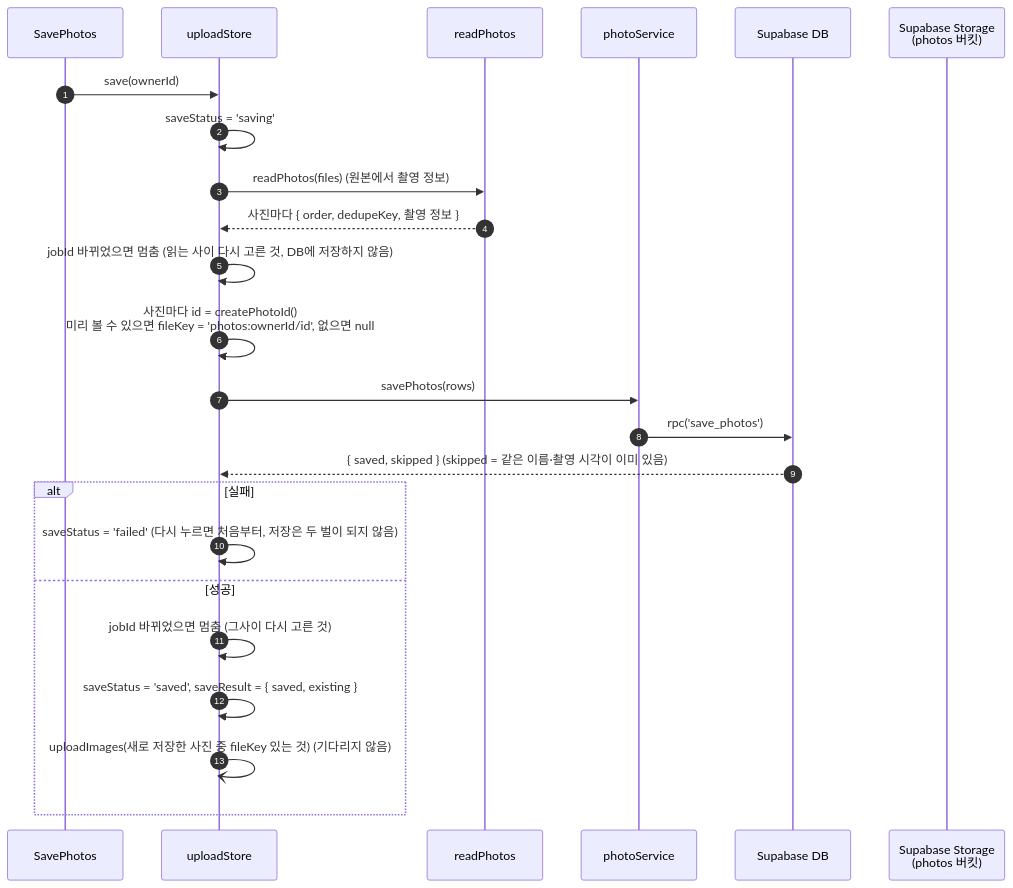
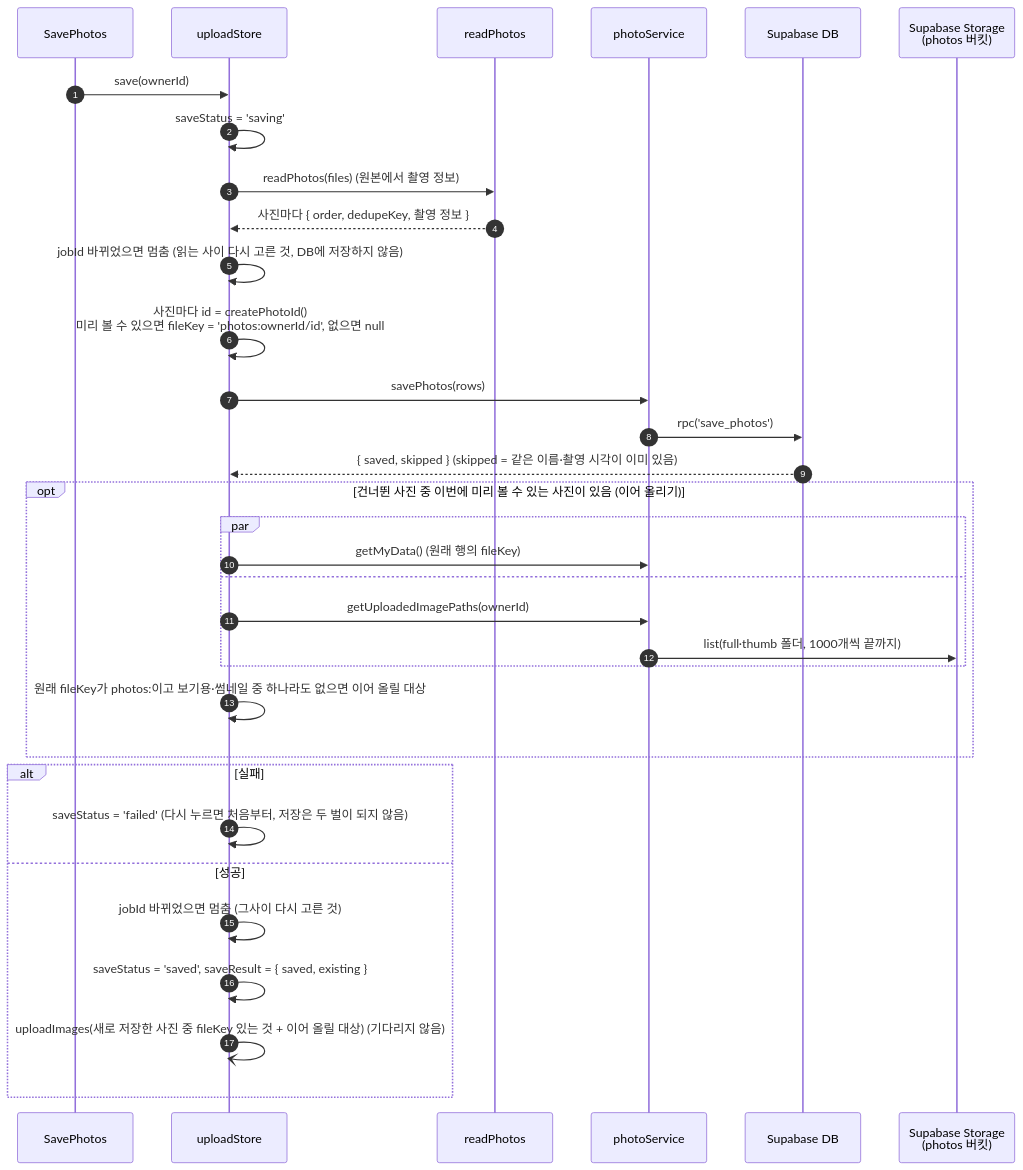
One commit to 2026-WebFW-1/danyeo-on changed the first of 4 diagrams in docs/upload/IMAGE_UPLOAD_FLOW.md. Above: the diagram before and after it, drawn with Mermaid. The commit also changed other lines of this file and 8 other files, not shown here.

````diff
--- a/docs/upload/IMAGE_UPLOAD_FLOW.md
+++ b/docs/upload/IMAGE_UPLOAD_FLOW.md
@@ -22,28 +25,38 @@
 ```mermaid
 sequenceDiagram
     autonumber
     participant UI as SavePhotos
     participant Store as uploadStore
     participant Read as readPhotos
     participant Svc as photoService
     participant DB as Supabase DB
     participant S3 as Supabase Storage<br/>(photos 버킷)
 
     UI->>Store: save(ownerId)
     Store->>Store: saveStatus = 'saving'
     Store->>Read: readPhotos(files) (원본에서 촬영 정보)
     Read-->>Store: 사진마다 { order, dedupeKey, 촬영 정보 }
     Store->>Store: jobId 바뀌었으면 멈춤 (읽는 사이 다시 고른 것, DB에 저장하지 않음)
     Store->>Store: 사진마다 id = createPhotoId()<br/>미리 볼 수 있으면 fileKey = 'photos:ownerId/id', 없으면 null
     Store->>Svc: savePhotos(rows)
     Svc->>DB: rpc('save_photos')
     DB-->>Store: { saved, skipped } (skipped = 같은 이름·촬영 시각이 이미 있음)
 
+    opt 건너뛴 사진 중 이번에 미리 볼 수 있는 사진이 있음 (이어 올리기)
+        par
+            Store->>Svc: getMyData() (원래 행의 fileKey)
+        and
+            Store->>Svc: getUploadedImagePaths(ownerId)
+            Svc->>S3: list(full·thumb 폴더, 1000개씩 끝까지)
+        end
+        Store->>Store: 원래 fileKey가 photos:이고 보기용·썸네일 중 하나라도 없으면 이어 올릴 대상
+    end
+
     alt 실패
         Store->>Store: saveStatus = 'failed' (다시 누르면 처음부터, 저장은 두 벌이 되지 않음)
     else 성공
         Store->>Store: jobId 바뀌었으면 멈춤 (그사이 다시 고른 것)
         Store->>Store: saveStatus = 'saved', saveResult = { saved, existing }
-        Store-)Store: uploadImages(새로 저장한 사진 중 fileKey 있는 것) (기다리지 않음)
+        Store-)Store: uploadImages(새로 저장한 사진 중 fileKey 있는 것 + 이어 올릴 대상) (기다리지 않음)
     end
 ```
````
